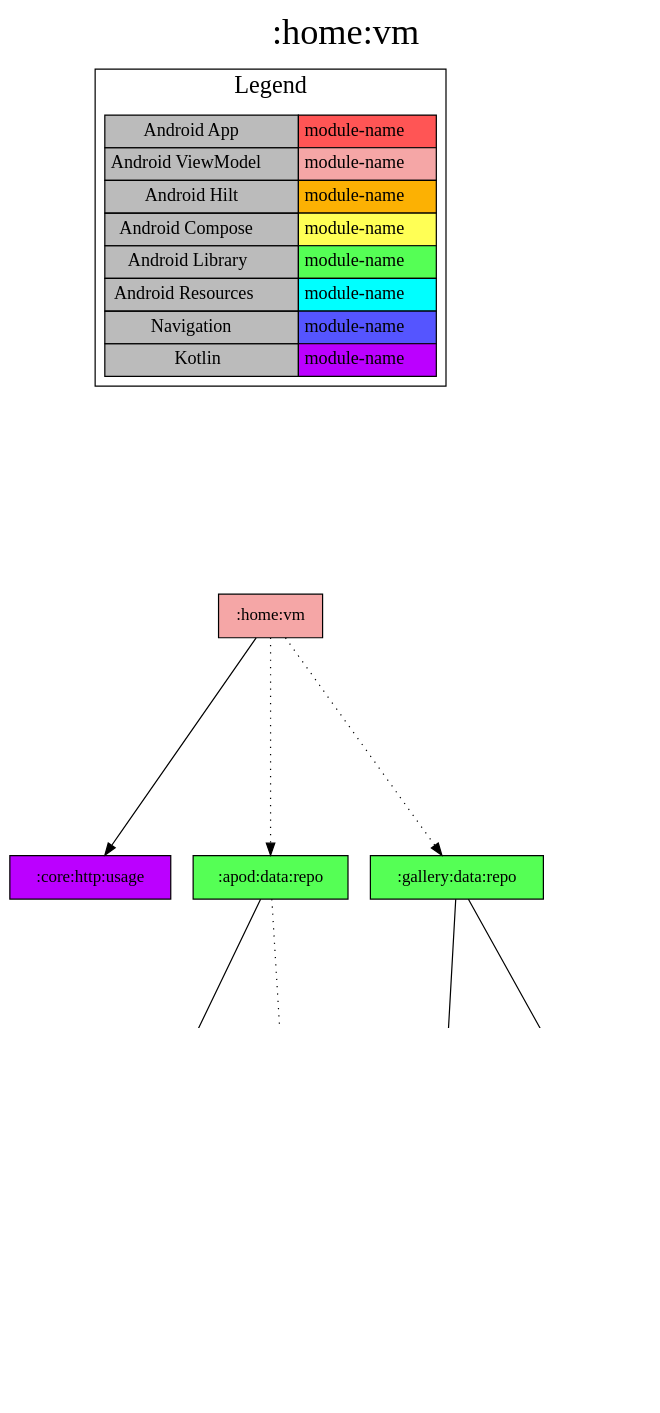
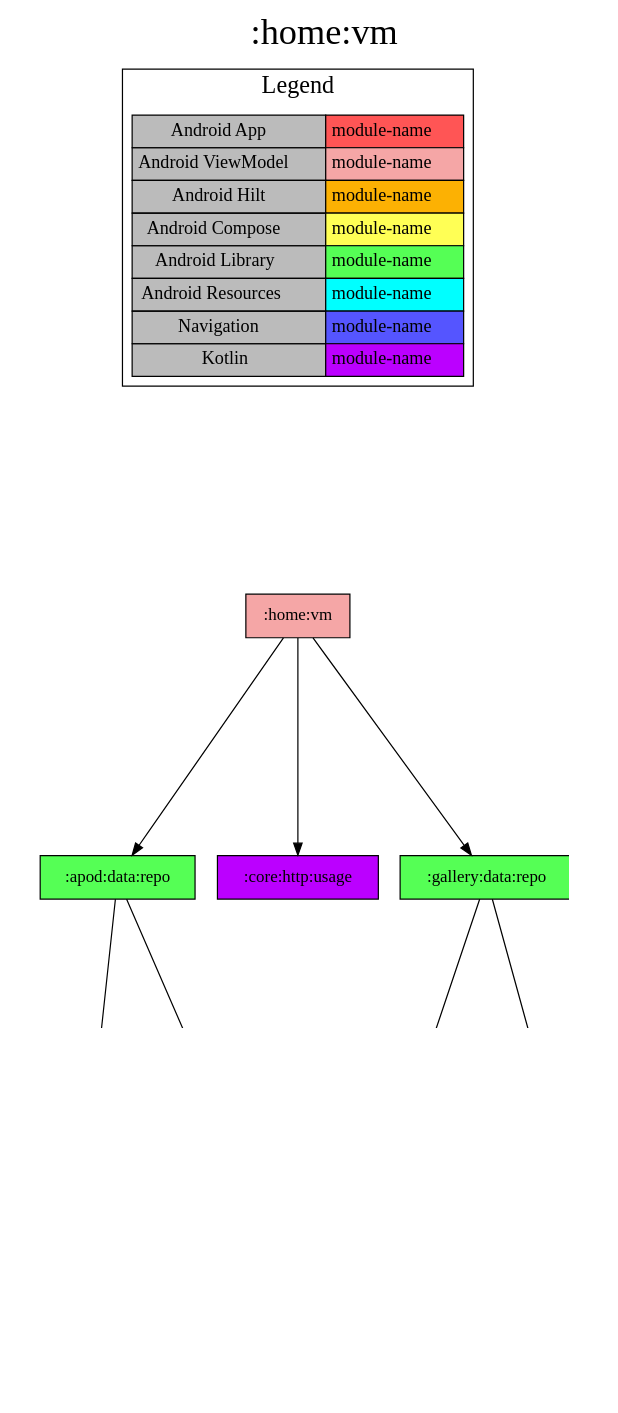
The diagram in modules/home/vm/project-dependency-graph.dot (jonapoul/nasa-android), drawn with Graphviz before and after one commit. The commit also changed 70 other files, not shown here.

```diff
--- a/modules/home/vm/project-dependency-graph.dot
+++ b/modules/home/vm/project-dependency-graph.dot
@@ -1,47 +1,47 @@
 digraph {
 edge ["dir"="forward"]
 graph ["dpi"="100","label"=":home:vm","labelloc"="t","fontsize"="30","ranksep"="2.5","rankdir"="TB"]
 node ["style"="filled"]
 ":home:vm" ["fillcolor"="#F5A6A6","shape"="box"]
-":core:http:usage" ["fillcolor"="#BB00FF","shape"="box"]
 ":apod:data:repo" ["fillcolor"="#55FF55","shape"="box"]
 ":apod:data:api" ["fillcolor"="#BB00FF","shape"="box"]
 ":apod:model" ["fillcolor"="#BB00FF","shape"="box"]
 ":core:model" ["fillcolor"="#BB00FF","shape"="box"]
 ":db:apod" ["fillcolor"="#BB00FF","shape"="box"]
+":core:http:usage" ["fillcolor"="#BB00FF","shape"="box"]
 ":gallery:data:repo" ["fillcolor"="#55FF55","shape"="box"]
 ":db:gallery" ["fillcolor"="#BB00FF","shape"="box"]
 ":gallery:model" ["fillcolor"="#BB00FF","shape"="box"]
 ":gallery:data:api" ["fillcolor"="#BB00FF","shape"="box"]
 {
 edge ["dir"="none"]
 graph ["rank"="same"]
 }
+":home:vm" -> ":apod:data:repo"
 ":home:vm" -> ":core:http:usage"
-":home:vm" -> ":apod:data:repo" ["style"="dotted"]
-":home:vm" -> ":gallery:data:repo" ["style"="dotted"]
+":home:vm" -> ":gallery:data:repo"
 ":apod:data:repo" -> ":apod:data:api"
-":apod:data:repo" -> ":db:apod" ["style"="dotted"]
+":apod:data:repo" -> ":db:apod"
 ":apod:data:api" -> ":apod:model"
 ":apod:data:api" -> ":core:model"
 ":gallery:data:repo" -> ":db:gallery"
 ":gallery:data:repo" -> ":gallery:data:api"
 ":db:gallery" -> ":gallery:model"
 ":gallery:data:api" -> ":gallery:model"
 subgraph "cluster_legend" {
 edge ["dir"="none"]
 graph ["label"="Legend","fontsize"="20"]
 "Legend" ["style"="filled","fillcolor"="#bbbbbb","shape"="none","margin"="0","fontsize"="15","label"=<
 <TABLE BORDER="0" CELLBORDER="1" CELLSPACING="0" CELLPADDING="4">
 <TR><TD>Android App</TD><TD BGCOLOR="#FF5555">module-name</TD></TR>
 <TR><TD>Android ViewModel</TD><TD BGCOLOR="#F5A6A6">module-name</TD></TR>
 <TR><TD>Android Hilt</TD><TD BGCOLOR="#FCB103">module-name</TD></TR>
 <TR><TD>Android Compose</TD><TD BGCOLOR="#FFFF55">module-name</TD></TR>
 <TR><TD>Android Library</TD><TD BGCOLOR="#55FF55">module-name</TD></TR>
 <TR><TD>Android Resources</TD><TD BGCOLOR="#00FFFF">module-name</TD></TR>
 <TR><TD>Navigation</TD><TD BGCOLOR="#5555FF">module-name</TD></TR>
 <TR><TD>Kotlin</TD><TD BGCOLOR="#BB00FF">module-name</TD></TR>
 </TABLE>
 >]
 } -> ":home:vm" ["style"="invis"]
 }
```
